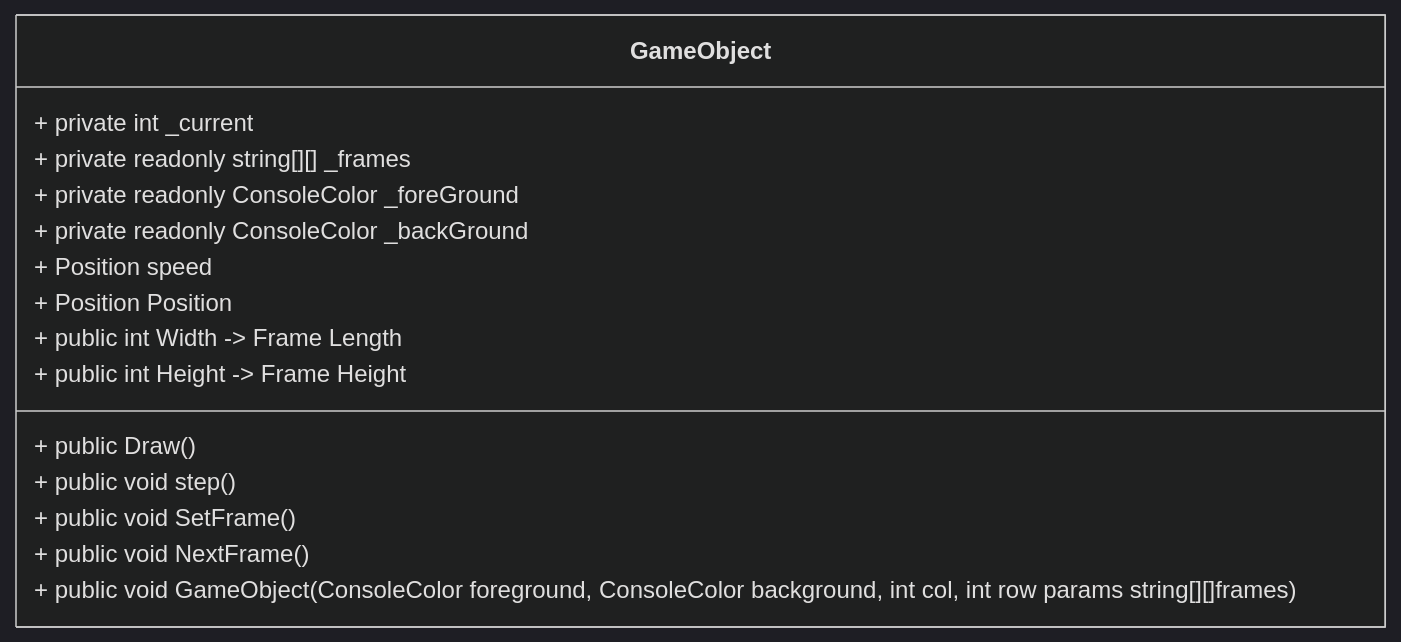
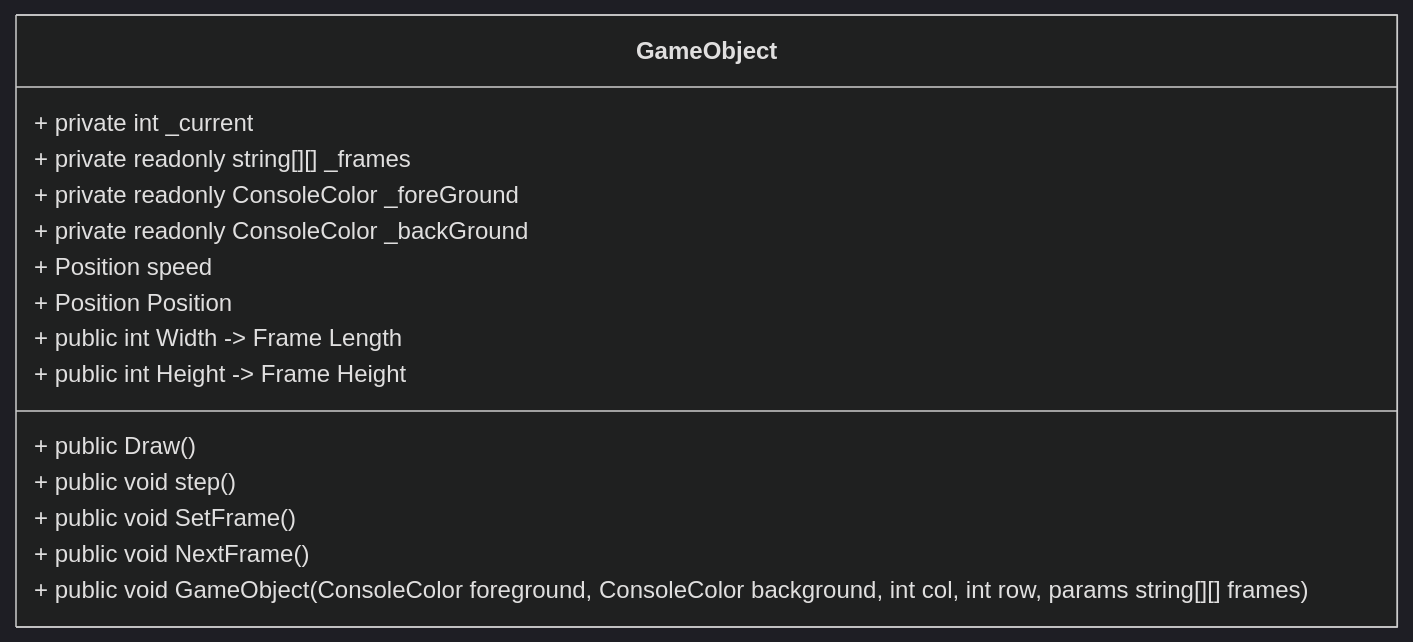
The fourth of 7 diagrams in dokumentasjon/diagram/klasse-diagram.md (NexusWeave/MVP-FlappyBird-cs), drawn with Mermaid (dark theme) before and after one commit.

````diff
--- a/dokumentasjon/diagram/klasse-diagram.md
+++ b/dokumentasjon/diagram/klasse-diagram.md
@@ -52,23 +52,23 @@
 ```mermaid
     classDiagram
         direction TD
 
         class GameObject {
             + private int _current
             + private readonly string[][] _frames
             + private readonly ConsoleColor _foreGround
             + private readonly ConsoleColor _backGround
 
             + Position speed
             + Position Position
 
             + public int Width -> Frame Length
             + public int Height -> Frame Height
 
             + public Draw()
             + public void step()
             + public void SetFrame()
             + public void NextFrame()
-            + public void GameObject(ConsoleColor foreground, ConsoleColor background, int col, int row params string[][]frames)
+            + public void GameObject(ConsoleColor foreground, ConsoleColor background, int col, int row, params string[][] frames)
         }
 ```
````
